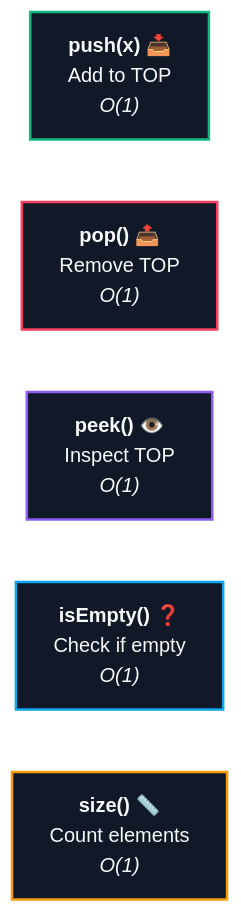
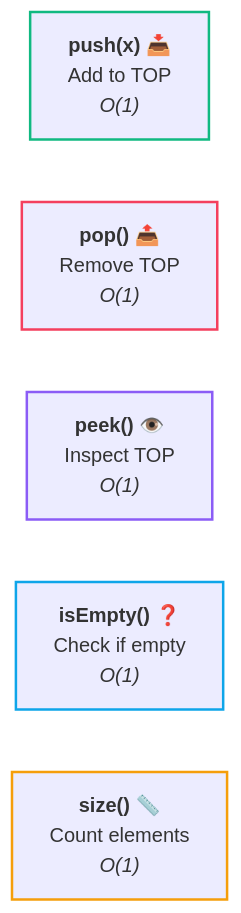
Before and after one commit to abhinavbharti2345/CS_Notes: the second of 5 diagrams in CS/DSA/06. Stacks & Queues/01. Stack Fundamentals.md, drawn with Mermaid. The commit also changed other lines of this file and 91 other files, not shown here.

````diff
--- a/CS/DSA/06. Stacks & Queues/01. Stack Fundamentals.md
+++ b/CS/DSA/06. Stacks & Queues/01. Stack Fundamentals.md
@@ -69,21 +68,20 @@
 ```mermaid
-%%{init: {'theme': 'base', 'themeVariables': { 'darkMode': true, 'background': '#0B0F14', 'mainBkg': '#111827', 'primaryColor': '#111827', 'primaryTextColor': '#F8FAFC', 'primaryBorderColor': '#38BDF8', 'lineColor': '#64748B', 'secondaryColor': '#0B0F14', 'tertiaryColor': '#0B0F14', 'clusterBkg': '#0B0F14', 'clusterBorder': '#38BDF8' }}}%%
 flowchart LR
     Op1["<b>push(x) 📥</b><br/>Add to TOP<br/><i>O(1)</i>"]
     Op2["<b>pop() 📤</b><br/>Remove TOP<br/><i>O(1)</i>"]
     Op3["<b>peek() 👁️</b><br/>Inspect TOP<br/><i>O(1)</i>"]
     Op4["<b>isEmpty() ❓</b><br/>Check if empty<br/><i>O(1)</i>"]
     Op5["<b>size() 📏</b><br/>Count elements<br/><i>O(1)</i>"]
 
-    classDef op1 fill:#111827,stroke:#10b981,stroke-width:2px,color:#F8FAFC;
-    classDef op2 fill:#111827,stroke:#f43f5e,stroke-width:2px,color:#F8FAFC;
-    classDef op3 fill:#111827,stroke:#8b5cf6,stroke-width:2px,color:#F8FAFC;
-    classDef op4 fill:#111827,stroke:#0ea5e9,stroke-width:2px,color:#F8FAFC;
-    classDef op5 fill:#111827,stroke:#f59e0b,stroke-width:2px,color:#F8FAFC;
+    classDef op1 stroke:#10b981,stroke-width:2px;
+    classDef op2 stroke:#f43f5e,stroke-width:2px;
+    classDef op3 stroke:#8b5cf6,stroke-width:2px;
+    classDef op4 stroke:#0ea5e9,stroke-width:2px;
+    classDef op5 stroke:#f59e0b,stroke-width:2px;
 
     class Op1 op1;
     class Op2 op2;
     class Op3 op3;
     class Op4 op4;
     class Op5 op5;
 ```
````
